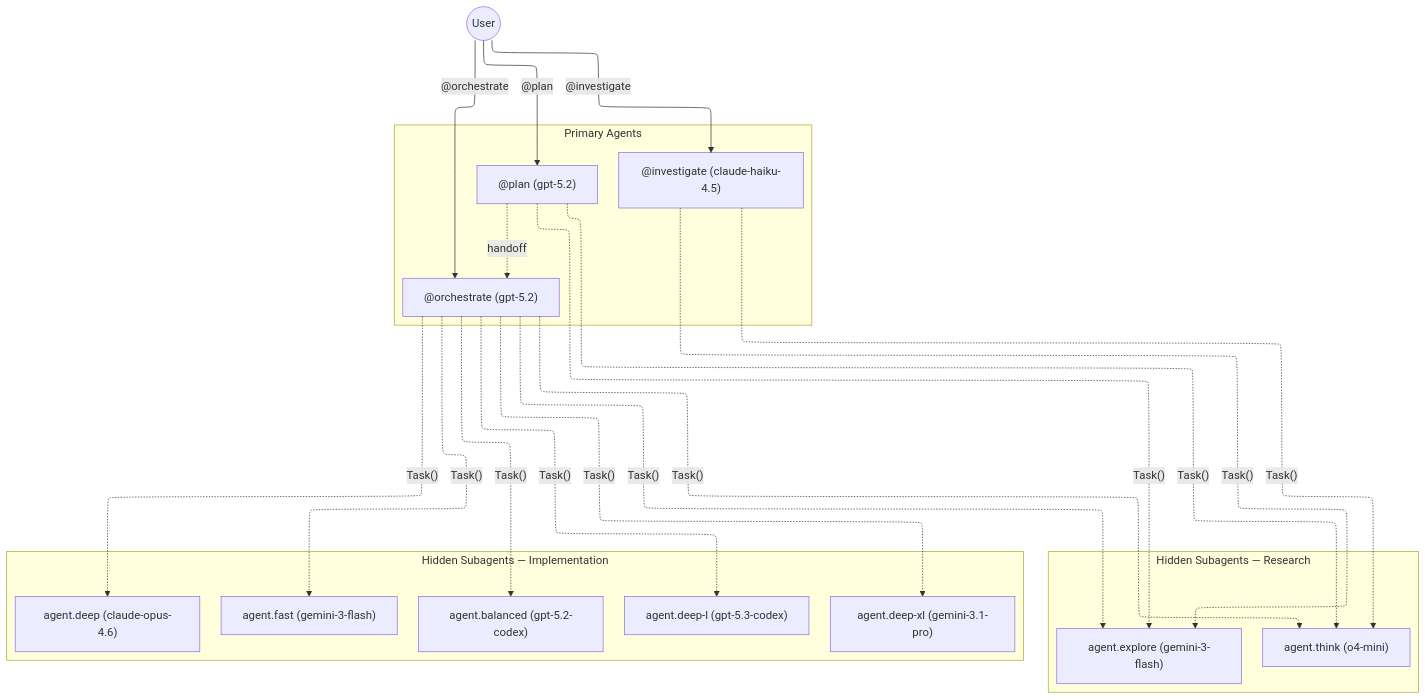
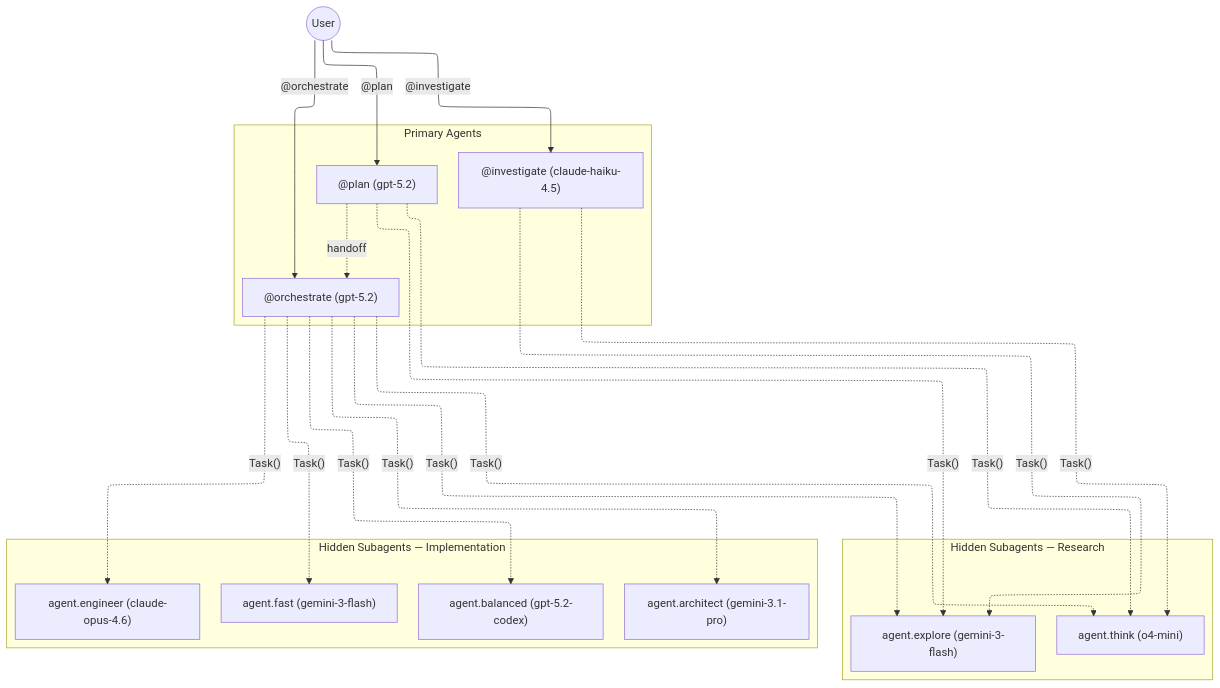
One commit to gdurandvadas/dotfiles changed the diagram in docs/opencode.md. Above: the diagram before and after it, drawn with Mermaid. The commit also changed other lines of this file and 21 other files, not shown here.

````diff
--- a/docs/opencode.md
+++ b/docs/opencode.md
@@ -5,30 +5,29 @@
 ```mermaid
 ---
 config:
   layout: elk
 ---
 flowchart TB
  subgraph subGraph0["Primary Agents"]
         Plan["@plan (gpt-5.2)"]
         Investigate["@investigate (claude-haiku-4.5)"]
         Orchestrate["@orchestrate (gpt-5.2)"]
   end
  subgraph subGraph1["Hidden Subagents — Research"]
         Explore["agent.explore (gemini-3-flash)"]
         Think["agent.think (o4-mini)"]
   end
  subgraph subGraph2["Hidden Subagents — Implementation"]
         Fast["agent.fast (gemini-3-flash)"]
         Balanced["agent.balanced (gpt-5.2-codex)"]
-        Deep["agent.deep (claude-opus-4.6)"]
-        DeepL["agent.deep-l (gpt-5.3-codex)"]
-        DeepXL["agent.deep-xl (gemini-3.1-pro)"]
+        Engineer["agent.engineer (claude-opus-4.6)"]
+        Architect["agent.architect (gemini-3.1-pro)"]
   end
     User(("User")) -- @plan --> Plan
     User -- @investigate --> Investigate
     User -- @orchestrate --> Orchestrate
     Plan -. Task() .-> Explore & Think
     Plan -. handoff .-> Orchestrate
     Investigate -. Task() .-> Explore & Think
-    Orchestrate -. Task() .-> Explore & Think & Fast & Balanced & Deep & DeepL & DeepXL
+    Orchestrate -. Task() .-> Explore & Think & Fast & Balanced & Engineer & Architect
 ```
````
